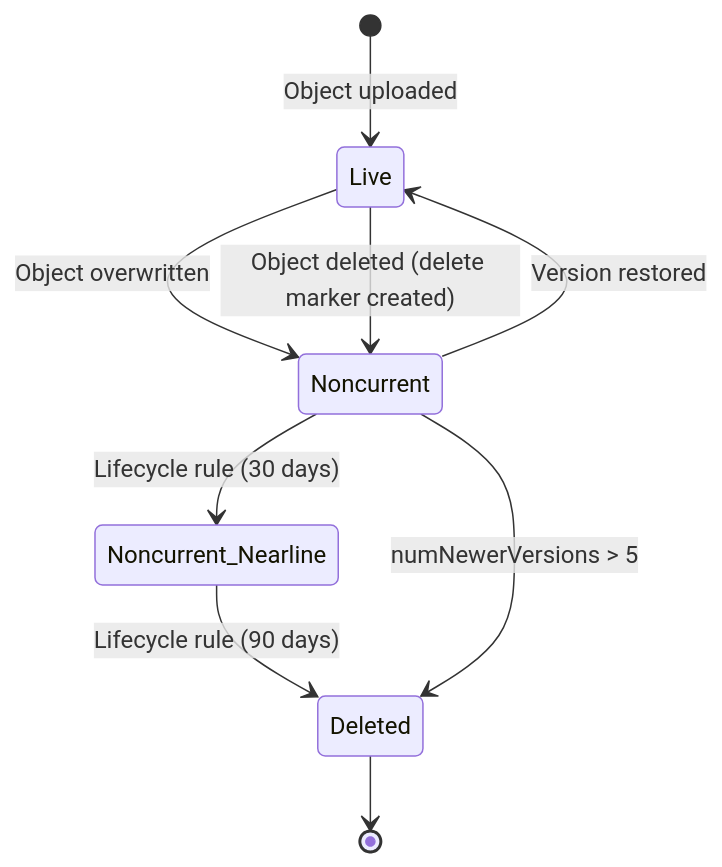
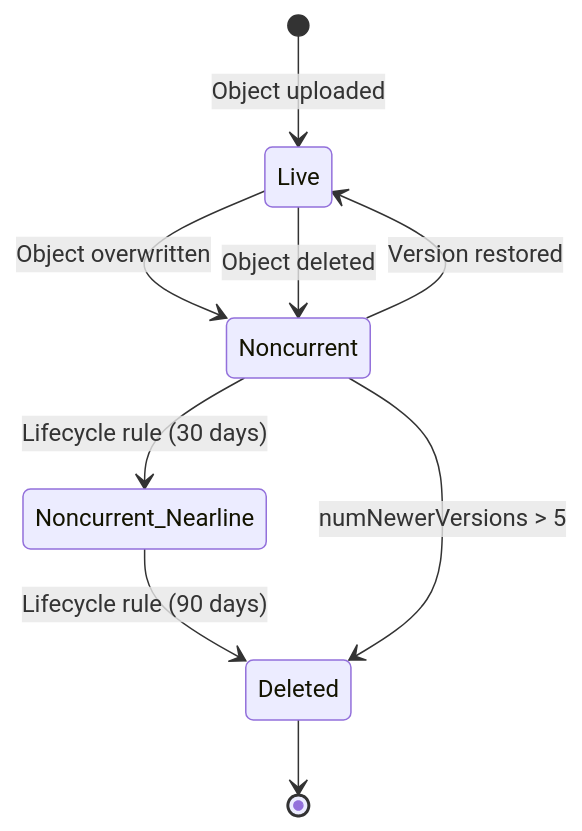
Before and after one commit to OneUptime/blog: the diagram in posts/2026-02-17-how-to-enable-and-manage-object-versioning-in-google-cloud-storage/README.md, drawn with Mermaid. The commit also changed other lines of this file and 2 other files, not shown here.

Commit message:
validate: 2026-02-17-how-to-enable-and-manage-object-versioning-in-google-cloud-storage

````diff
--- a/posts/2026-02-17-how-to-enable-and-manage-object-versioning-in-google-cloud-storage/README.md
+++ b/posts/2026-02-17-how-to-enable-and-manage-object-versioning-in-google-cloud-storage/README.md
@@ -262,11 +269,11 @@
 ```mermaid
 stateDiagram-v2
     [*] --> Live: Object uploaded
     Live --> Noncurrent: Object overwritten
-    Live --> Noncurrent: Object deleted (delete marker created)
+    Live --> Noncurrent: Object deleted
     Noncurrent --> Noncurrent_Nearline: Lifecycle rule (30 days)
     Noncurrent_Nearline --> Deleted: Lifecycle rule (90 days)
     Noncurrent --> Deleted: numNewerVersions > 5
     Noncurrent --> Live: Version restored
     Deleted --> [*]
 ```
````
